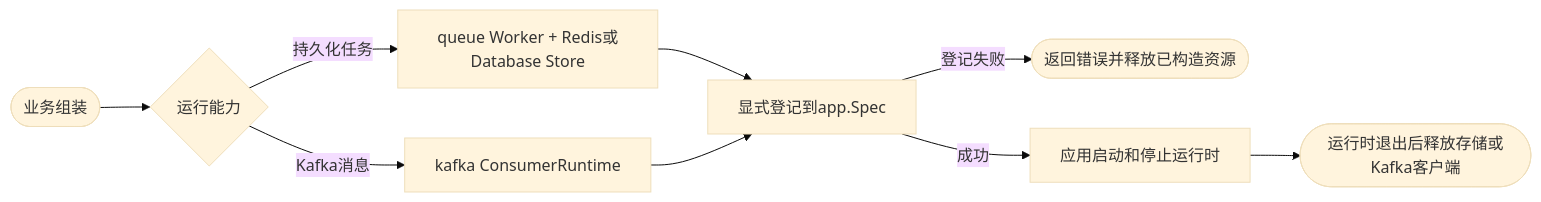
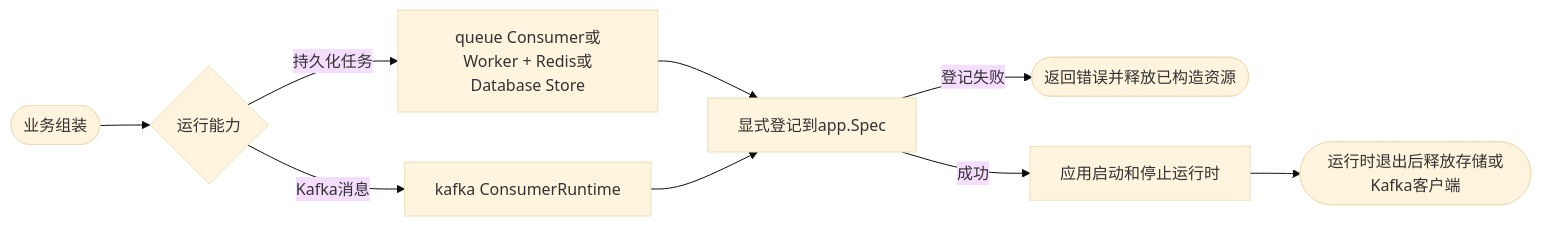
One commit to jaggerzhuang1994/kratos-foundation changed the third of 3 diagrams in README.md. Above: the diagram before and after it, drawn with Mermaid (base theme). The commit also changed other lines of this file and 26 other files, not shown here.

````diff
--- a/README.md
+++ b/README.md
@@ -157,11 +157,11 @@
 ```mermaid
 flowchart LR
     A([业务组装]) --> B{运行能力}
-    B -->|持久化任务| C[queue Worker + Redis或Database Store]
+    B -->|持久化任务| C[queue Consumer或Worker + Redis或Database Store]
     B -->|Kafka消息| D[kafka ConsumerRuntime]
     C --> E[显式登记到app.Spec]
     D --> E
     E -- 登记失败 --> F([返回错误并释放已构造资源])
     E -- 成功 --> G[应用启动和停止运行时]
     G --> H([运行时退出后释放存储或Kafka客户端])
 ```
````
